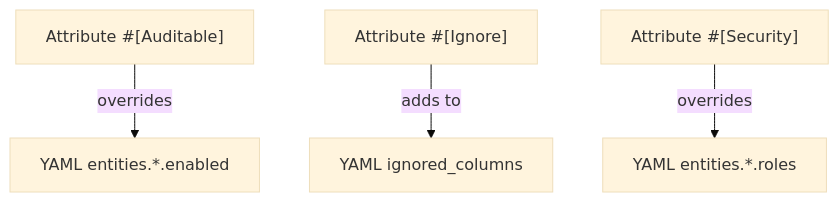
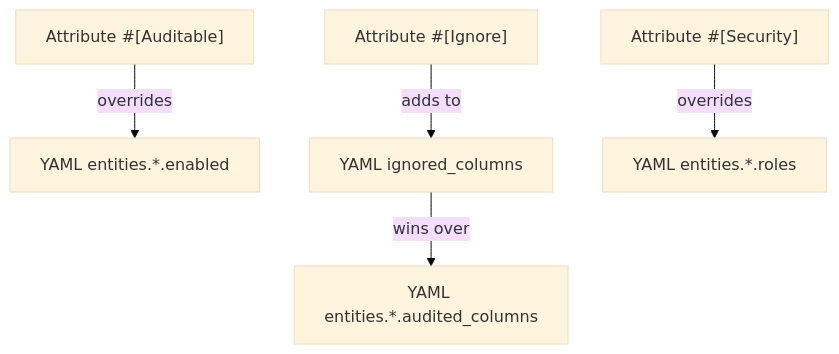
The diagram in docs/configuration/attributes.md (DamienHarper/auditor-bundle), drawn with Mermaid (base theme) before and after one commit. The commit also changed other lines of this file and 9 other files, not shown here.

Commit message:
feat(config): audited_columns and ignored_columns_resolver options (#668)

````diff
--- a/docs/configuration/attributes.md
+++ b/docs/configuration/attributes.md
@@ -206,6 +206,7 @@
 ```mermaid
 flowchart TD
     A["Attribute #[Auditable]"] -->|overrides| B["YAML entities.*.enabled"]
     C["Attribute #[Ignore]"] -->|adds to| D["YAML ignored_columns"]
+    D -->|wins over| G["YAML entities.*.audited_columns"]
     E["Attribute #[Security]"] -->|overrides| F["YAML entities.*.roles"]
 ```
````
